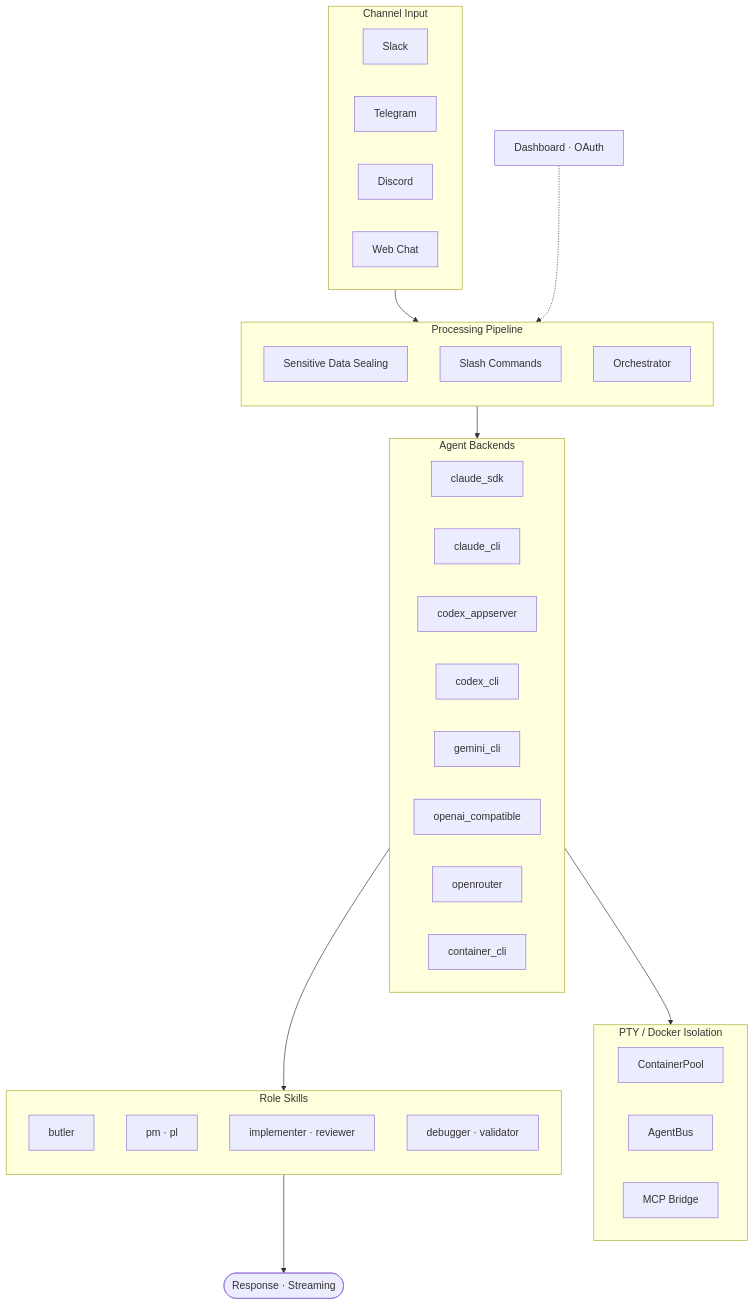
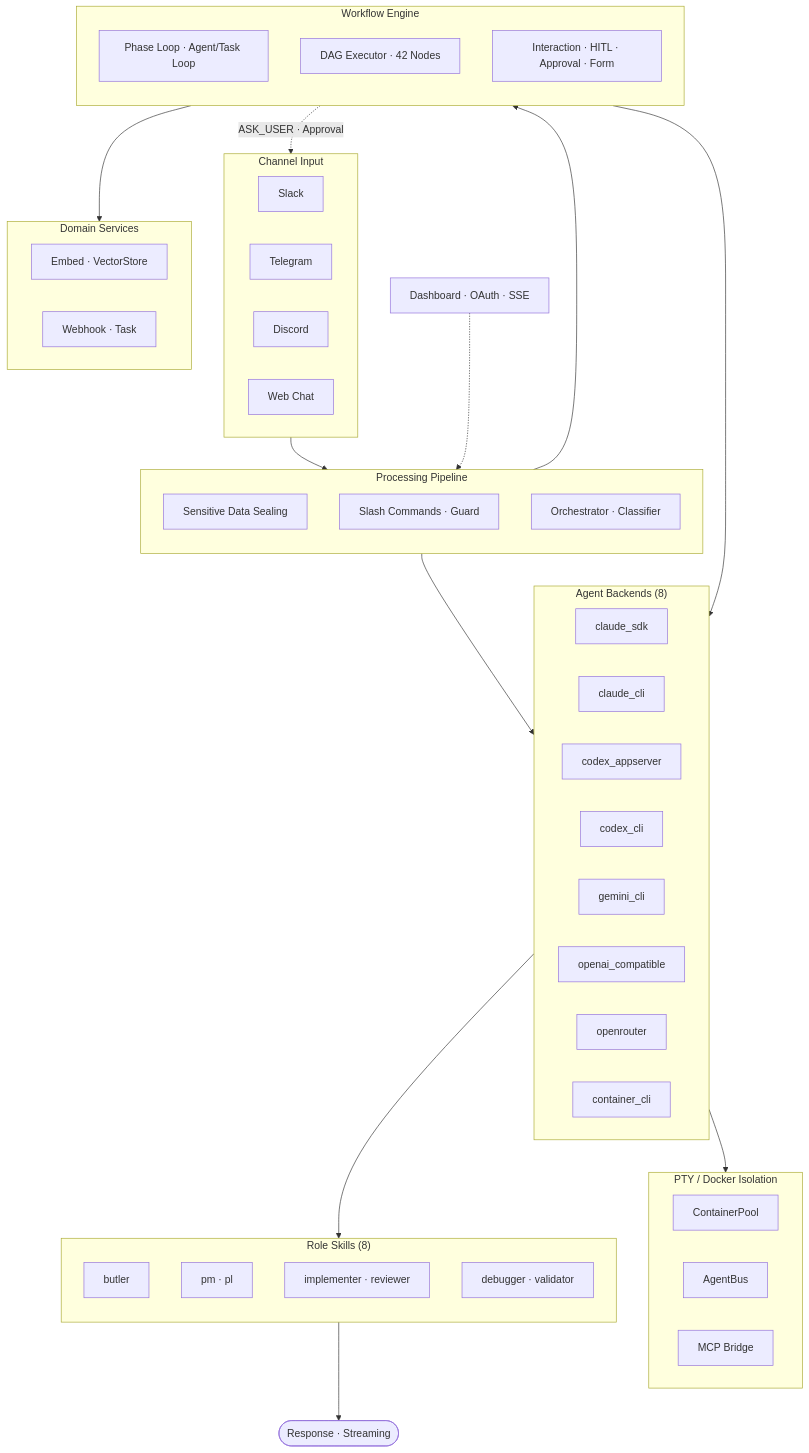
The diagram in docs/README.en.md (berrzebb/SoulFlow-Orchestrator), drawn with Mermaid before and after one commit. The commit also changed other lines of this file and 54 other files, not shown here.

First line of the commit message:
feat: 노드 55종 확장 · 아키텍처 다이어그램 최신화 · 도구 15종 추가

````diff
--- a/docs/README.en.md
+++ b/docs/README.en.md
@@ -23,53 +23,70 @@
 ```mermaid
 flowchart TD
     subgraph Channels["Channel Input"]
         direction LR
         SL[Slack]
         TG[Telegram]
         DS[Discord]
         WEB[Web Chat]
     end
 
     subgraph Pipeline["Processing Pipeline"]
         direction TB
         SEAL[Sensitive Data Sealing]
-        CMD[Slash Commands]
-        ORCH[Orchestrator]
+        CMD[Slash Commands · Guard]
+        ORCH[Orchestrator · Classifier]
     end
 
-    subgraph Backends["Agent Backends"]
+    subgraph Backends["Agent Backends (8)"]
         direction LR
         CSDK[claude_sdk]
         CCLI[claude_cli]
         CAPPS[codex_appserver]
         CCLIX[codex_cli]
         GCLI[gemini_cli]
         OAI[openai_compatible]
         ORT[openrouter]
         CTR[container_cli]
     end
 
+    subgraph Workflows["Workflow Engine"]
+        direction TB
+        PL[Phase Loop · Agent/Task Loop]
+        DAG[DAG Executor · 42 Nodes]
+        INTERACT[Interaction · HITL · Approval · Form]
+    end
+
     subgraph PTY["PTY / Docker Isolation"]
         direction LR
         POOL[ContainerPool]
         BUS[AgentBus]
         BRIDGE[MCP Bridge]
     end
 
-    subgraph Skills["Role Skills"]
+    subgraph Skills["Role Skills (8)"]
         direction TB
         BT[butler]
         PM[pm · pl]
         IMPL[implementer · reviewer]
         DBG[debugger · validator]
     end
 
-    DASH[Dashboard · OAuth]
+    subgraph Services["Domain Services"]
+        direction LR
+        EMBED[Embed · VectorStore]
+        WEBHOOK[Webhook · Task]
+    end
+
+    DASH[Dashboard · OAuth · SSE]
 
     Channels --> Pipeline
     Pipeline --> Backends
+    Pipeline --> Workflows
+    Workflows --> Backends
+    INTERACT -.->|ASK_USER · Approval| Channels
     CTR --> PTY
     Backends --> Skills
     Skills --> OUT([Response · Streaming])
+    Workflows --> Services
     DASH -.-> Pipeline
 ```
````
